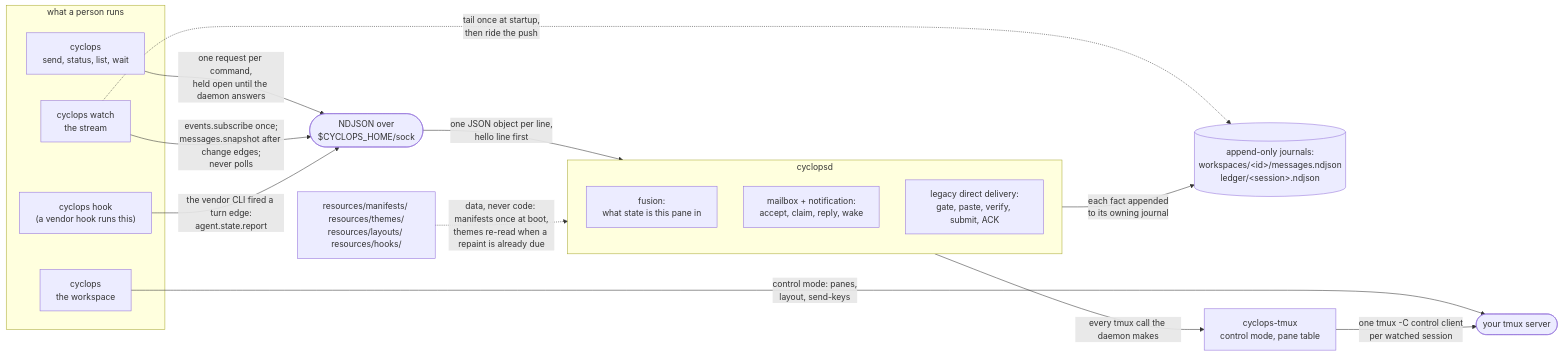
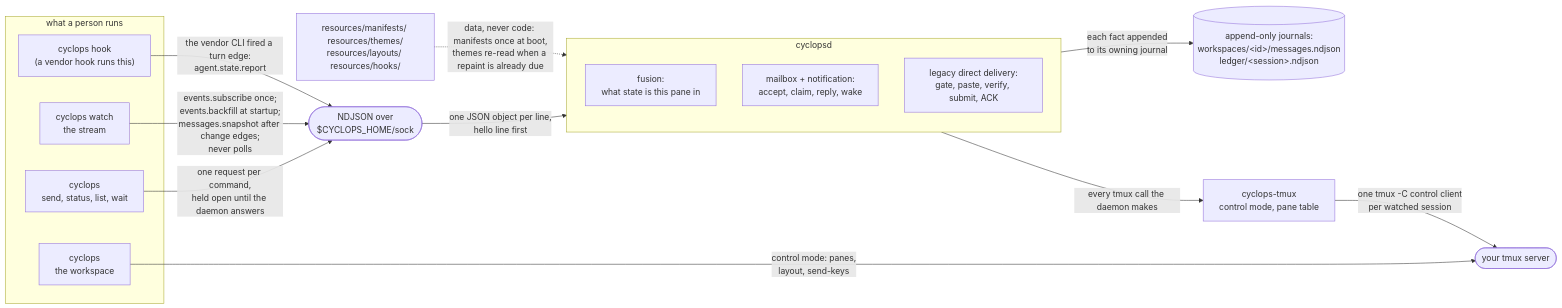
One commit to cyclops-team/cyclops changed the diagram in docs/development/HANDOFF.md. Above: the diagram before and after it, drawn with Mermaid. The commit also changed other lines of this file and 37 other files, not shown here.

````diff
--- a/docs/development/HANDOFF.md
+++ b/docs/development/HANDOFF.md
@@ -70,29 +70,28 @@
 ```mermaid
 flowchart LR
     subgraph clients["what a person runs"]
       cli["cyclops<br/>send, status, list, wait"]
       ui["cyclops watch<br/>the stream"]
       ws["cyclops<br/>the workspace"]
       hk["cyclops hook<br/>(a vendor hook runs this)"]
     end
     subgraph daemon["cyclopsd"]
       fus["fusion:<br/>what state is this pane in"]
       del["mailbox + notification:<br/>accept, claim, reply, wake"]
       legacy["legacy direct delivery:<br/>gate, paste, verify, submit, ACK"]
     end
     sock(["NDJSON over<br/>$CYCLOPS_HOME/sock"])
     led[("append-only journals:<br/>workspaces/&lt;id&gt;/messages.ndjson<br/>ledger/&lt;session&gt;.ndjson")]
     ad["cyclops-tmux<br/>control mode, pane table"]
     tmux(["your tmux server"])
     data["resources/manifests/ resources/themes/<br/>resources/layouts/ resources/hooks/"]
     cli -->|"one request per command,<br/>held open until the daemon answers"| sock
     ws -->|"control mode: panes,<br/>layout, send-keys"| tmux
-    ui -->|"events.subscribe once;<br/>messages.snapshot after change edges;<br/>never polls"| sock
+    ui -->|"events.subscribe once;<br/>events.backfill at startup;<br/>messages.snapshot after change edges;<br/>never polls"| sock
     hk -->|"the vendor CLI fired a turn edge:<br/>agent.state.report"| sock
     sock -->|"one JSON object per line,<br/>hello line first"| daemon
     daemon -->|"every tmux call the daemon makes"| ad
     ad -->|"one tmux -C control client<br/>per watched session"| tmux
     daemon -->|"each fact appended<br/>to its owning journal"| led
-    ui -.->|"tail once at startup,<br/>then ride the push"| led
     data -.->|"data, never code: manifests once at boot,<br/>themes re-read when a repaint is already due"| daemon
 ```
````
